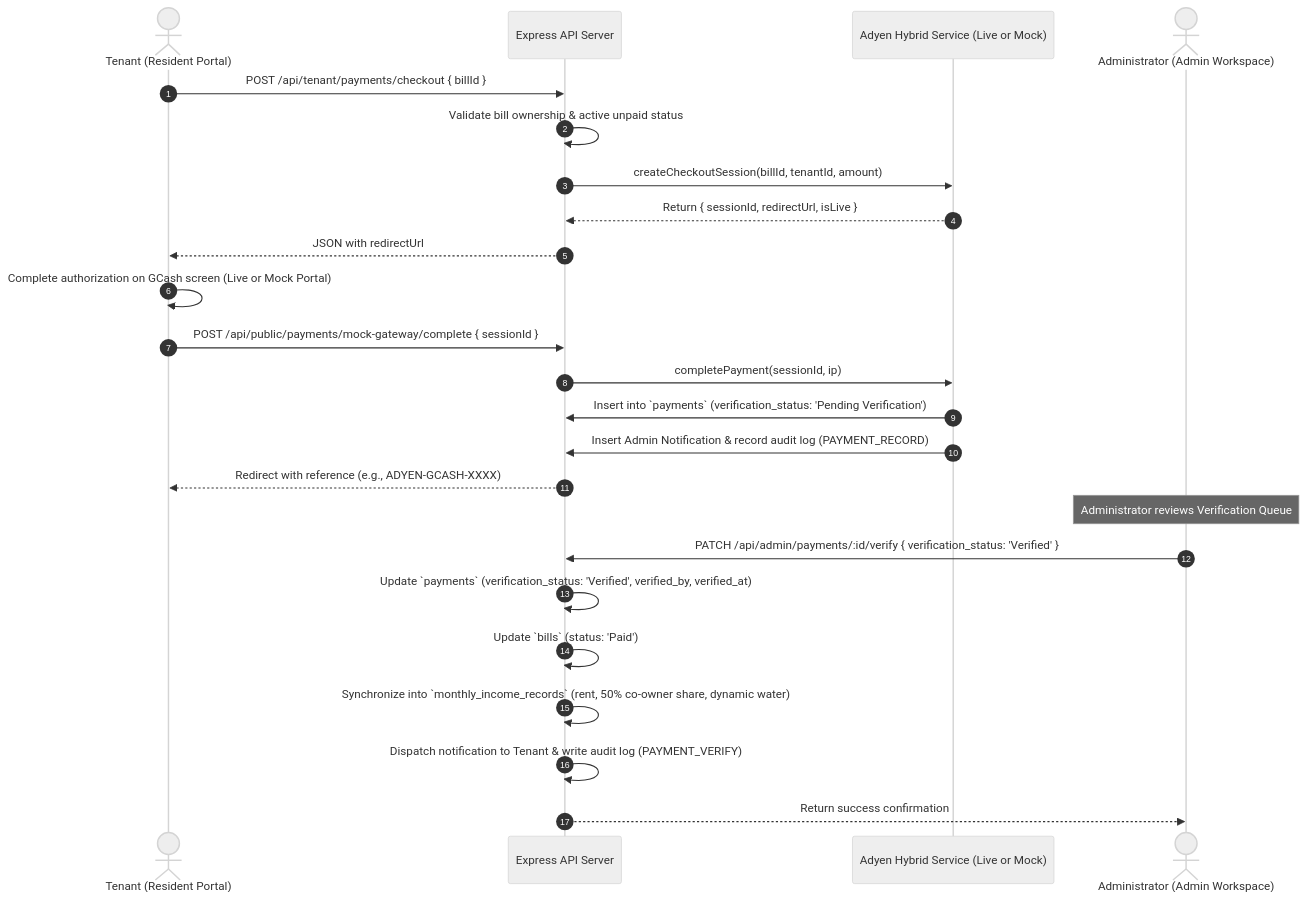
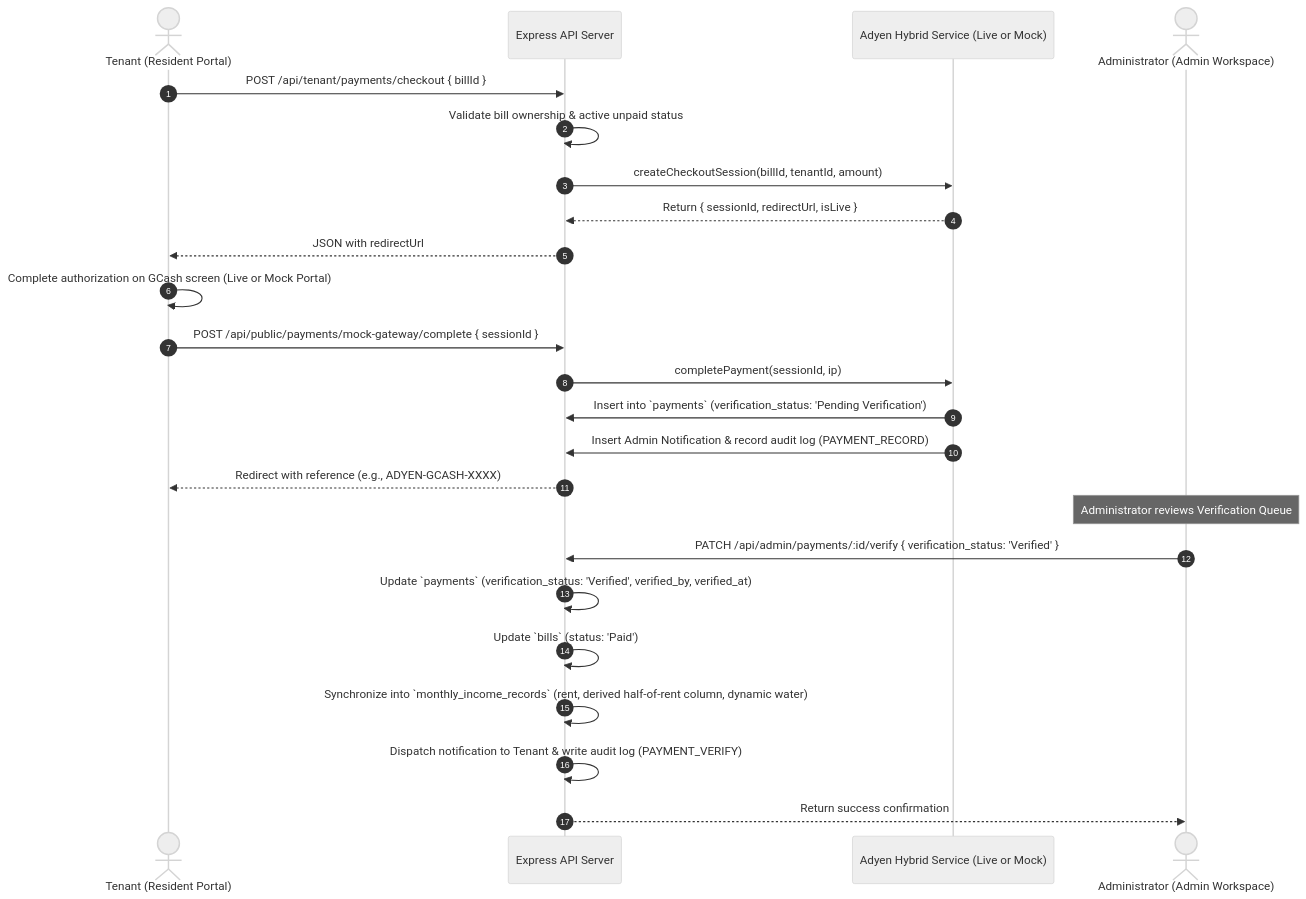
One commit to SeanJerve/hivelet changed the diagram in docs/claude_pipeline/CLAUDE_PIPELINE.md. Above: the diagram before and after it, drawn with Mermaid (neutral theme). The commit also changed other lines of this file, not shown here.

````diff
--- a/docs/claude_pipeline/CLAUDE_PIPELINE.md
+++ b/docs/claude_pipeline/CLAUDE_PIPELINE.md
@@ -153,28 +176,28 @@
 ```mermaid
 sequenceDiagram
     autonumber
     actor Tenant as Tenant (Resident Portal)
     participant API as Express API Server
     participant Adyen as Adyen Hybrid Service (Live or Mock)
     actor Admin as Administrator (Admin Workspace)
 
     Tenant->>API: POST /api/tenant/payments/checkout { billId }
     API->>API: Validate bill ownership & active unpaid status
     API->>Adyen: createCheckoutSession(billId, tenantId, amount)
     Adyen-->>API: Return { sessionId, redirectUrl, isLive }
     API-->>Tenant: JSON with redirectUrl
     Tenant->>Tenant: Complete authorization on GCash screen (Live or Mock Portal)
     Tenant->>API: POST /api/public/payments/mock-gateway/complete { sessionId }
     API->>Adyen: completePayment(sessionId, ip)
     Adyen->>API: Insert into `payments` (verification_status: 'Pending Verification')
     Adyen->>API: Insert Admin Notification & record audit log (PAYMENT_RECORD)
     API-->>Tenant: Redirect with reference (e.g., ADYEN-GCASH-XXXX)
 
     note over Admin: Administrator reviews Verification Queue
     Admin->>API: PATCH /api/admin/payments/:id/verify { verification_status: 'Verified' }
     API->>API: Update `payments` (verification_status: 'Verified', verified_by, verified_at)
     API->>API: Update `bills` (status: 'Paid')
-    API->>API: Synchronize into `monthly_income_records` (rent, 50% co-owner share, dynamic water)
+    API->>API: Synchronize into `monthly_income_records` (rent, derived half-of-rent column, dynamic water)
     API->>API: Dispatch notification to Tenant & write audit log (PAYMENT_VERIFY)
     API-->>Admin: Return success confirmation
 ```
````
